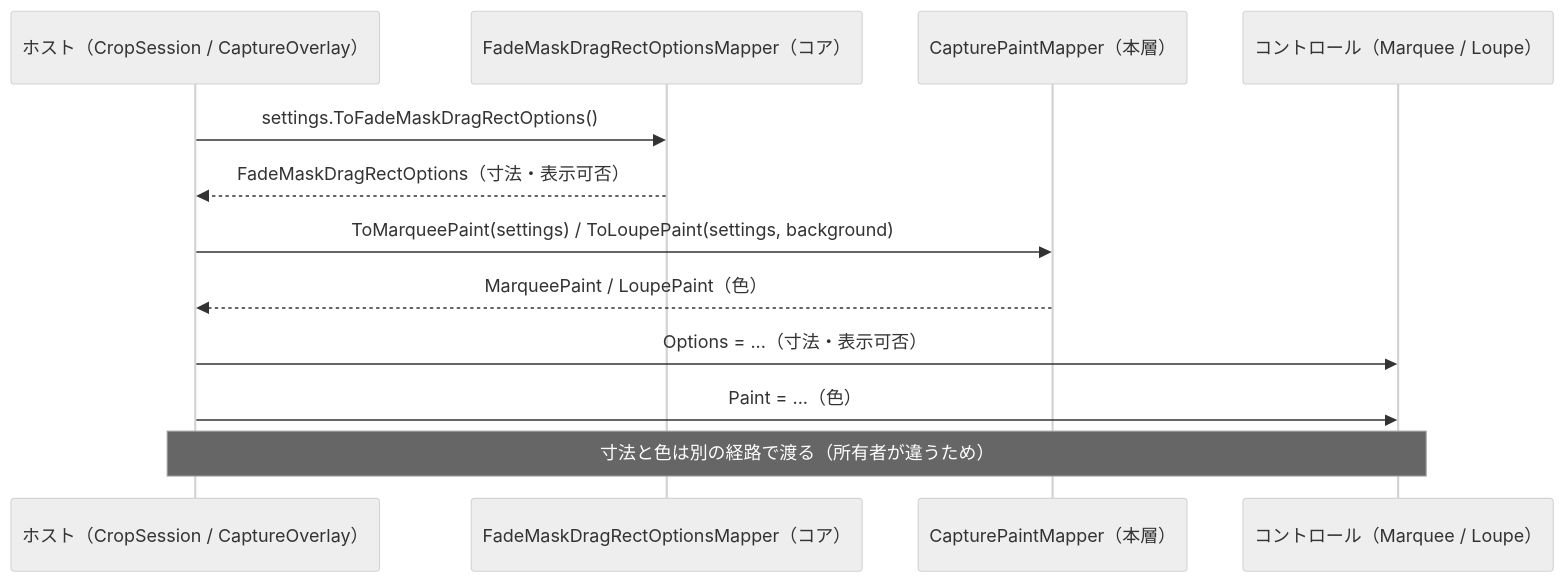
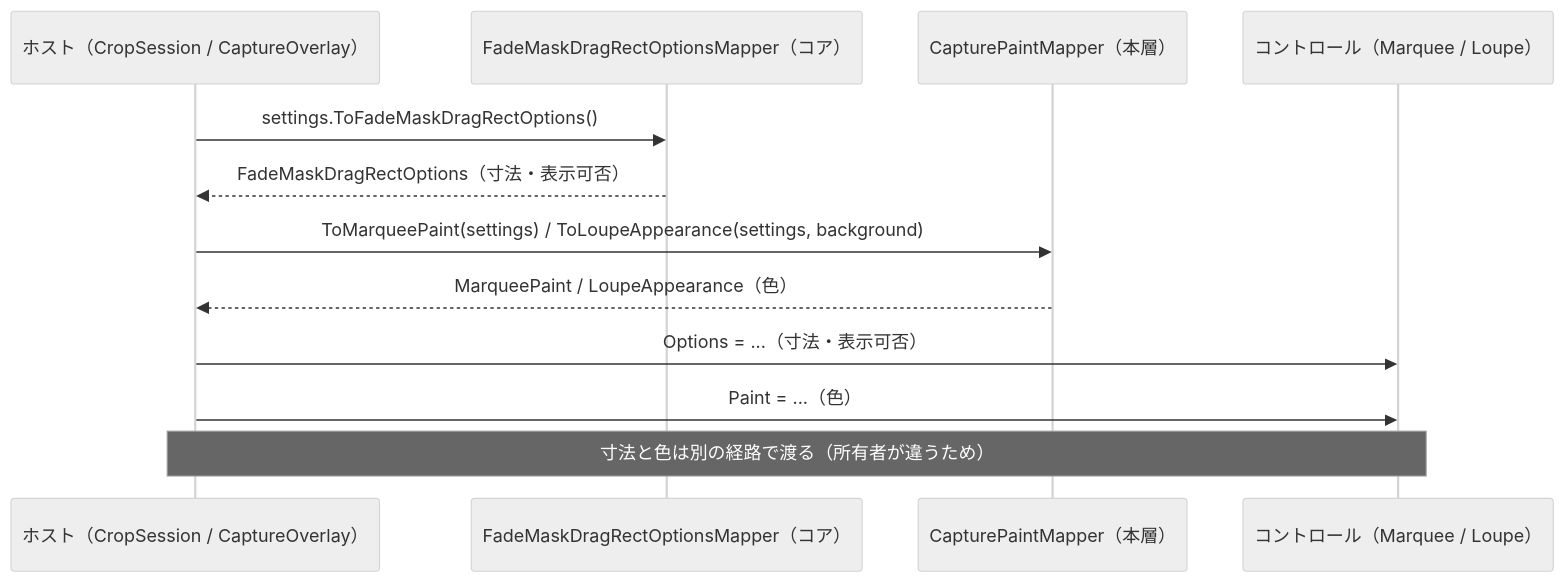
One commit to tomokuni/SaveEvidence changed the third of 3 diagrams in src/CaptureSessionControl.UIBase/SPEC_System.md. Above: the diagram before and after it, drawn with Mermaid (neutral theme). The commit also changed other lines of this file and 92 other files, not shown here.

````diff
--- a/src/CaptureSessionControl.UIBase/SPEC_System.md
+++ b/src/CaptureSessionControl.UIBase/SPEC_System.md
@@ -78,15 +78,15 @@
 ```mermaid
 sequenceDiagram
   participant Host as ホスト（CropSession / CaptureOverlay）
   participant Core as FadeMaskDragRectOptionsMapper（コア）
   participant Mapper as CapturePaintMapper（本層）
   participant UI as コントロール（Marquee / Loupe）
 
   Host->>Core: settings.ToFadeMaskDragRectOptions()
   Core-->>Host: FadeMaskDragRectOptions（寸法・表示可否）
-  Host->>Mapper: ToMarqueePaint(settings) / ToLoupePaint(settings, background)
-  Mapper-->>Host: MarqueePaint / LoupePaint（色）
+  Host->>Mapper: ToMarqueePaint(settings) / ToLoupeAppearance(settings, background)
+  Mapper-->>Host: MarqueePaint / LoupeAppearance（色）
   Host->>UI: Options = ...（寸法・表示可否）
   Host->>UI: Paint = ...（色）
   Note over Host,UI: 寸法と色は別の経路で渡る（所有者が違うため）
 ```
````
